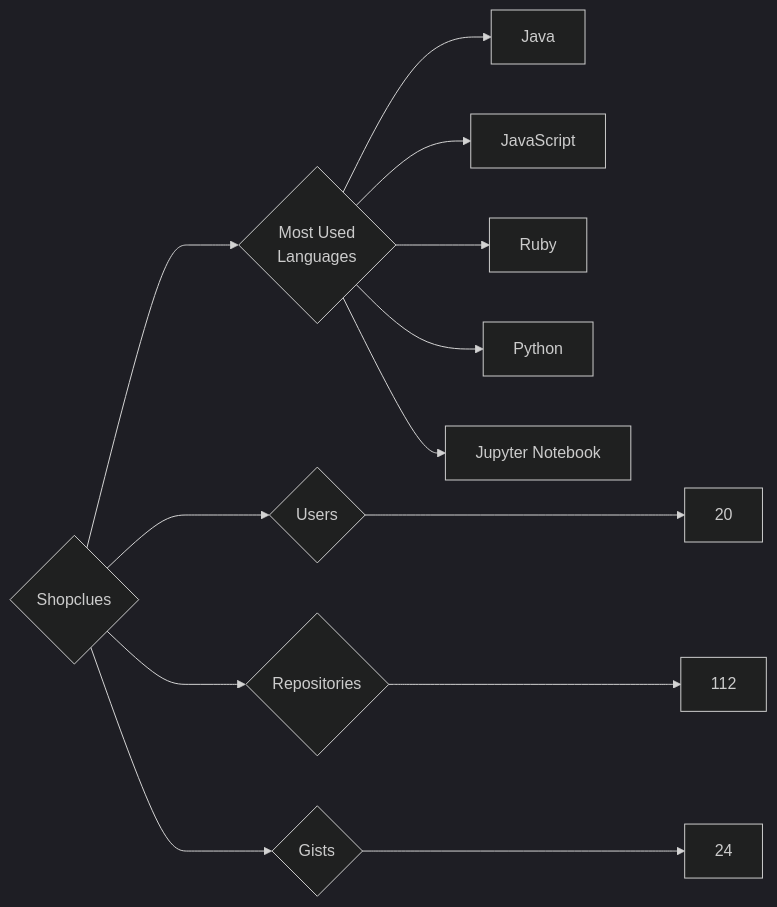
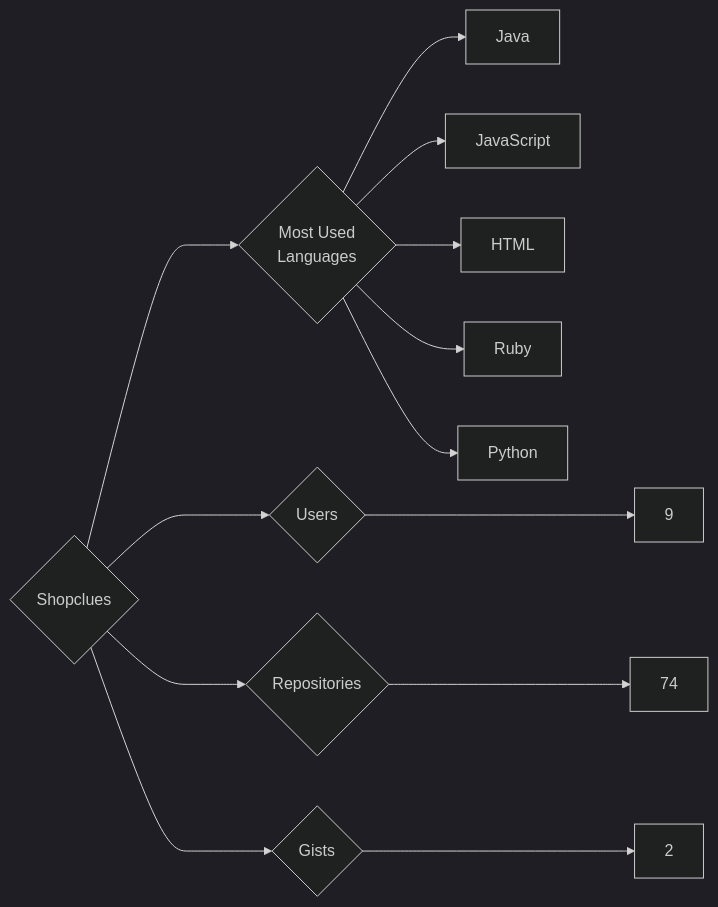
The diagram in targets/Shopclues/README.md (trickest/insiders), drawn with Mermaid (dark theme) before and after one commit. The commit also changed 1508 other files, not shown here.

````diff
--- a/targets/Shopclues/README.md
+++ b/targets/Shopclues/README.md
@@ -3,13 +3,13 @@
 ```mermaid
 graph LR
 COMPANY_NAME{Shopclues}
-COMPANY_NAME ---> U{Users} ---> UN[20]
-COMPANY_NAME ---> R{Repositories} ---> RN[112]
-COMPANY_NAME ---> G{Gists} ---> GN[24]
+COMPANY_NAME ---> U{Users} ---> UN[9]
+COMPANY_NAME ---> R{Repositories} ---> RN[74]
+COMPANY_NAME ---> G{Gists} ---> GN[2]
 COMPANY_NAME ---> ML{Most Used<br>Languages}
 ML --> Java[Java]
 ML --> JavaScript[JavaScript]
+ML --> HTML[HTML]
 ML --> Ruby[Ruby]
 ML --> Python[Python]
-ML --> Jupyter_Notebook[Jupyter Notebook]
 ```
````
